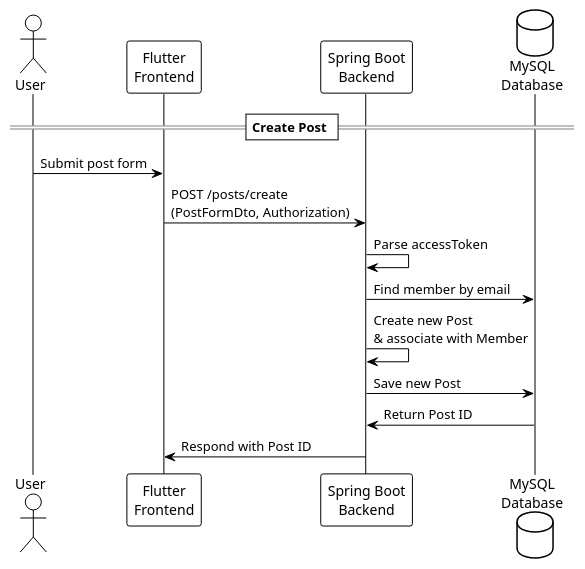
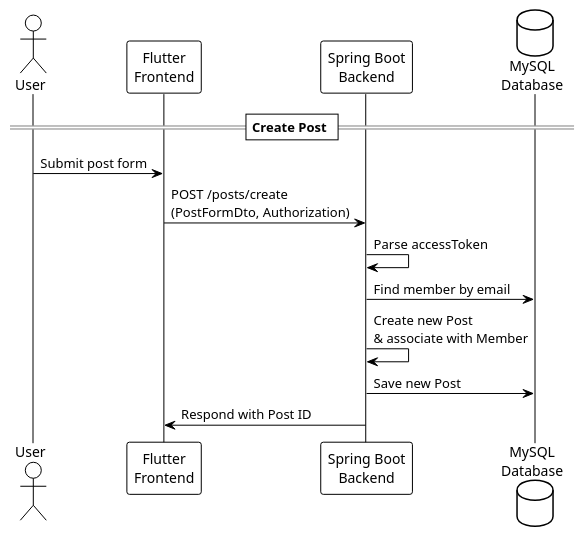
The diagram in docs/uml/post/createPost.puml (jia5232/taximate_backend), drawn with PlantUML before and after one commit.

Commit message:
docs: create post uml 수정

```diff
--- a/docs/uml/post/createPost.puml
+++ b/docs/uml/post/createPost.puml
@@ -1,18 +1,17 @@
 @startuml
 !theme plain
 
 actor User as user
 participant "Flutter\nFrontend" as frontend
 participant "Spring Boot\nBackend" as backend
 database "MySQL\nDatabase" as database
 
 == Create Post ==
 user -> frontend : Submit post form
 frontend -> backend : POST /posts/create\n(PostFormDto, Authorization)
 backend -> backend : Parse accessToken
 backend -> database : Find member by email
 backend -> backend : Create new Post\n& associate with Member
 backend -> database : Save new Post
-database -> backend : Return Post ID
 backend -> frontend : Respond with Post ID
 @enduml
```
